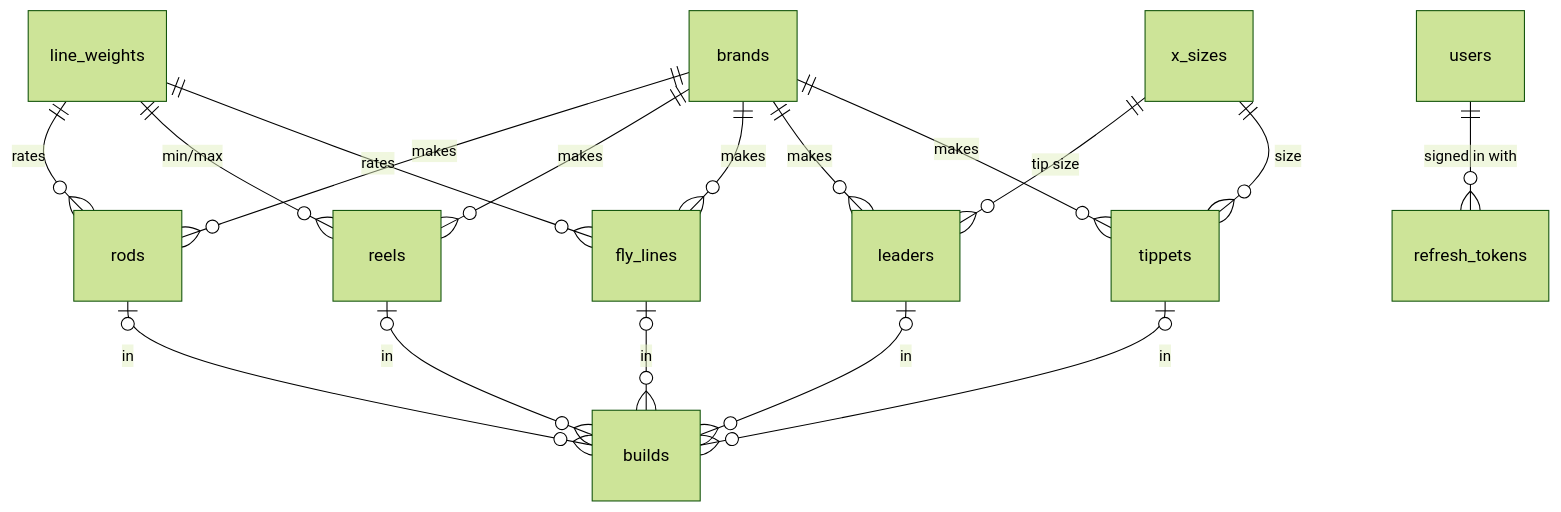
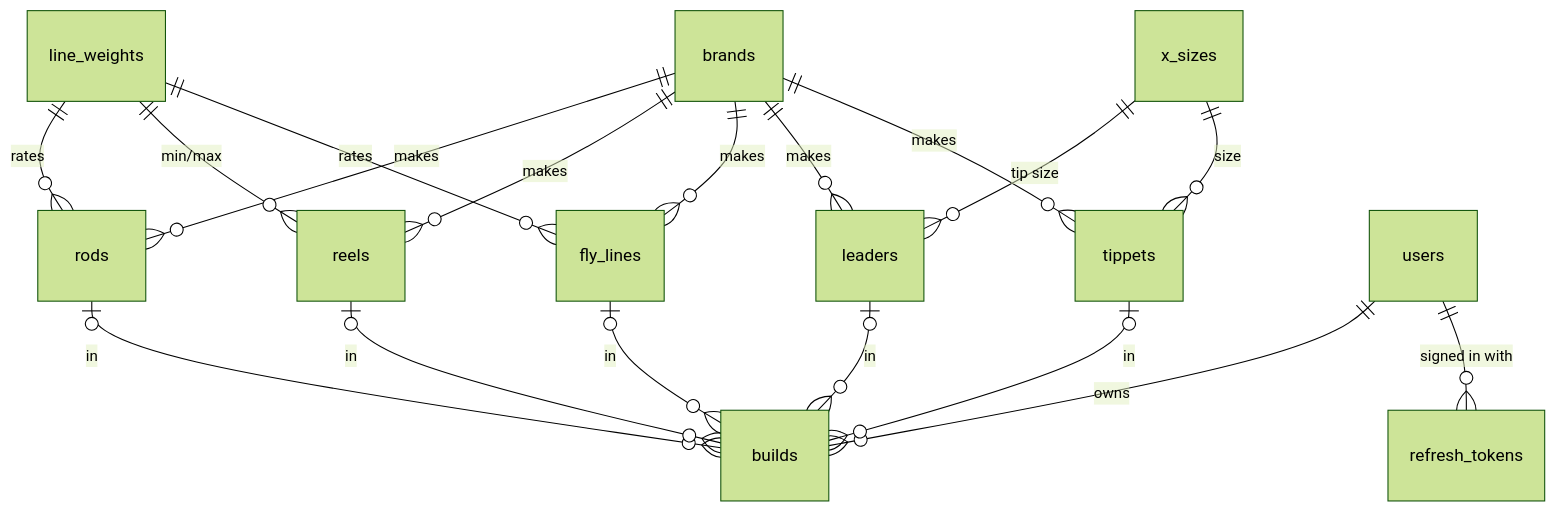
One commit to Alchabom/RodPartPicker changed the diagram in docs/database/schema-design.md. Above: the diagram before and after it, drawn with Mermaid (forest theme). The commit also changed other lines of this file and 5 other files, not shown here.

````diff
--- a/docs/database/schema-design.md
+++ b/docs/database/schema-design.md
@@ -88,19 +88,20 @@
 ```mermaid
 erDiagram
   brands ||--o{ rods : makes
   brands ||--o{ reels : makes
   brands ||--o{ fly_lines : makes
   brands ||--o{ leaders : makes
   brands ||--o{ tippets : makes
   line_weights ||--o{ rods : rates
   line_weights ||--o{ reels : "min/max"
   line_weights ||--o{ fly_lines : rates
   x_sizes ||--o{ leaders : "tip size"
   x_sizes ||--o{ tippets : size
+  users ||--o{ builds : owns
   rods |o--o{ builds : in
   reels |o--o{ builds : in
   fly_lines |o--o{ builds : in
   leaders |o--o{ builds : in
   tippets |o--o{ builds : in
   users ||--o{ refresh_tokens : "signed in with"
 ```
````
